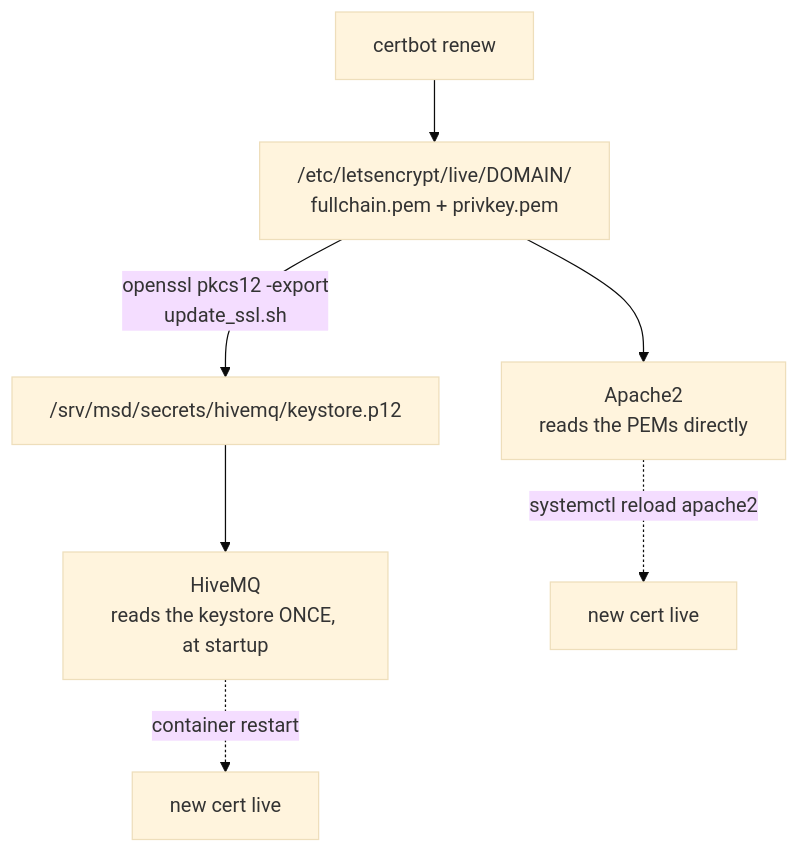
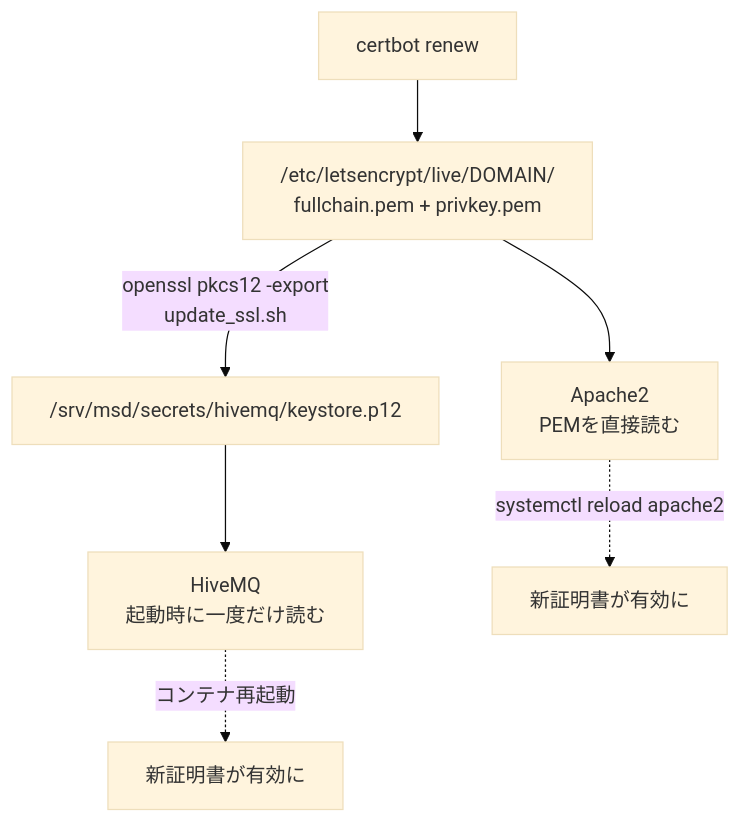
The diagram in docs/ja/setup/maintenance.md (itbdelaboprogramming/msd700_documentation), drawn with Mermaid (base theme) before and after one commit. The commit also changed other lines of this file and 110 other files, not shown here.

````diff
--- a/docs/ja/setup/maintenance.md
+++ b/docs/ja/setup/maintenance.md
@@ -70,9 +75,9 @@
 ```mermaid
 flowchart TB
   CB["certbot renew"] --> PEM["/etc/letsencrypt/live/DOMAIN/<br/>fullchain.pem + privkey.pem"]
-  PEM --> AP["Apache2<br/>reads the PEMs directly"]
+  PEM --> AP["Apache2<br/>PEMを直接読む"]
   PEM -->|"openssl pkcs12 -export<br/>update_ssl.sh"| KS["/srv/msd/secrets/hivemq/keystore.p12"]
-  KS --> MQ["HiveMQ<br/>reads the keystore ONCE, at startup"]
-  AP -.->|"systemctl reload apache2"| DONE1["new cert live"]
-  MQ -.->|"container restart"| DONE2["new cert live"]
+  KS --> MQ["HiveMQ<br/>起動時に一度だけ読む"]
+  AP -.->|"systemctl reload apache2"| DONE1["新証明書が有効に"]
+  MQ -.->|"コンテナ再起動"| DONE2["新証明書が有効に"]
 ```
````
